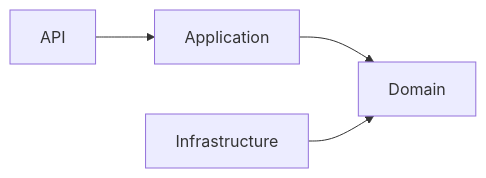
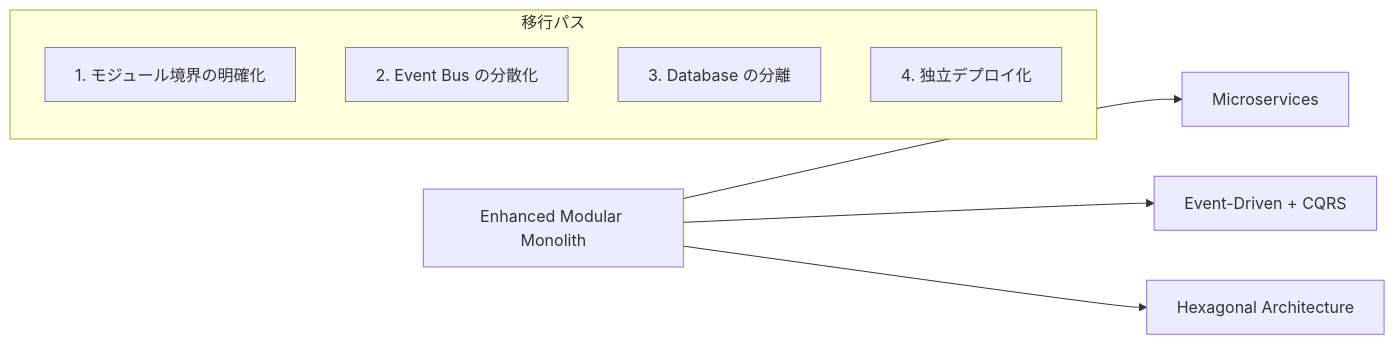
Before and after one commit to komei0727/all_in_one: the fifth of 5 diagrams in docs/ARCHITECTURE.md, drawn with Mermaid. The commit also changed other lines of this file and 9 other files, not shown here.

````diff
--- a/docs/ARCHITECTURE.md
+++ b/docs/ARCHITECTURE.md
@@ -83,6 +217,13 @@
 ```mermaid
 graph LR
-    A[API] --> B[Application]
-    B --> C[Domain]
-    D[Infrastructure] --> C
+    A[Enhanced Modular Monolith] --> B[Microservices]
+    A --> C[Event-Driven + CQRS]
+    A --> D[Hexagonal Architecture]
+
+    subgraph "移行パス"
+        E[1. モジュール境界の明確化]
+        F[2. Event Bus の分散化]
+        G[3. Database の分離]
+        H[4. 独立デプロイ化]
+    end
 ```
````
